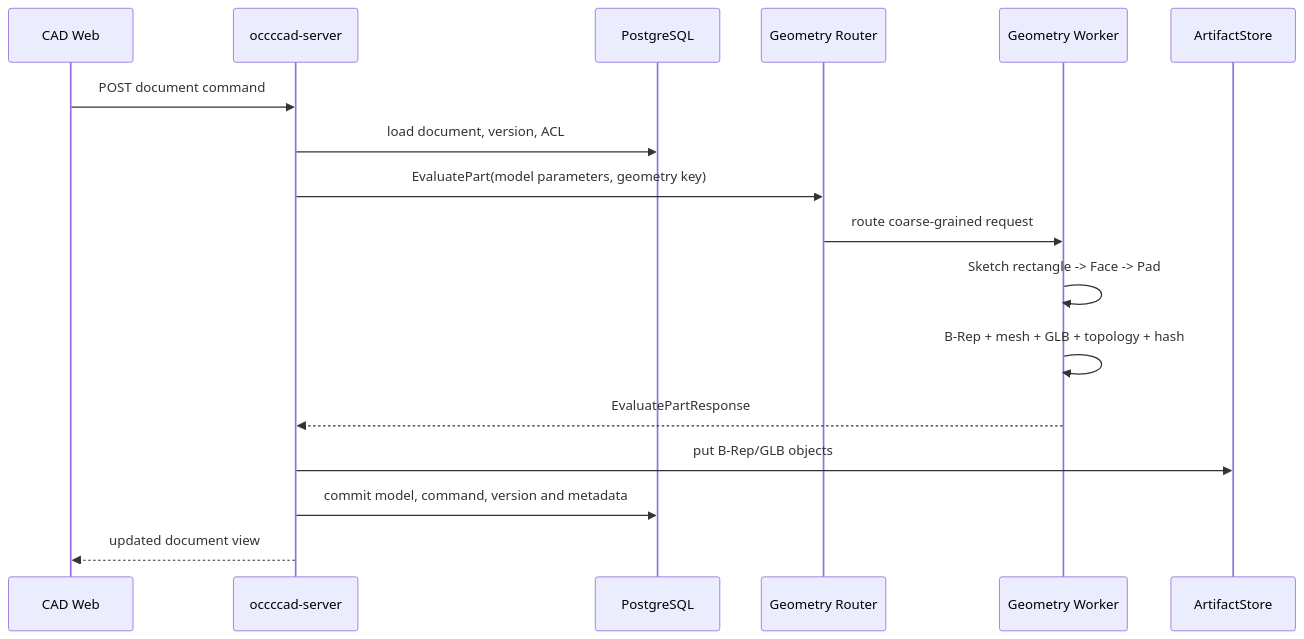
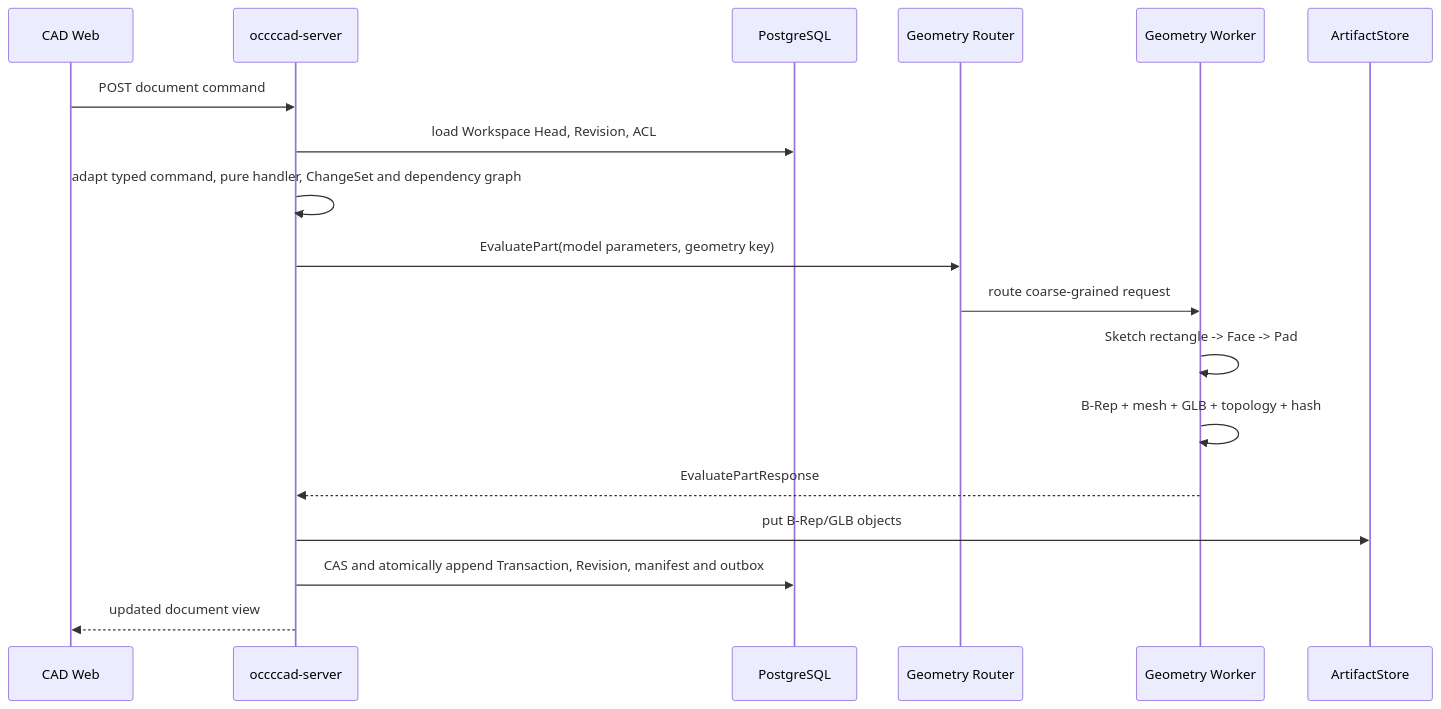
The fourth of 6 diagrams in docs/CURRENT_ARCHITECTURE.md (cossoledad/occccad), drawn with Mermaid before and after one commit. The commit also changed other lines of this file and 25 other files, not shown here.

````diff
--- a/docs/CURRENT_ARCHITECTURE.md
+++ b/docs/CURRENT_ARCHITECTURE.md
@@ -130,20 +151,21 @@
 ```mermaid
 sequenceDiagram
     participant W as CAD Web
     participant A as occccad-server
     participant P as PostgreSQL
     participant R as Geometry Router
     participant G as Geometry Worker
     participant F as ArtifactStore
 
     W->>A: POST document command
-    A->>P: load document, version, ACL
+    A->>P: load Workspace Head, Revision, ACL
+    A->>A: adapt typed command, pure handler, ChangeSet and dependency graph
     A->>R: EvaluatePart(model parameters, geometry key)
     R->>G: route coarse-grained request
     G->>G: Sketch rectangle -> Face -> Pad
     G->>G: B-Rep + mesh + GLB + topology + hash
     G-->>A: EvaluatePartResponse
     A->>F: put B-Rep/GLB objects
-    A->>P: commit model, command, version and metadata
+    A->>P: CAS and atomically append Transaction, Revision, manifest and outbox
     A-->>W: updated document view
 ```
````
